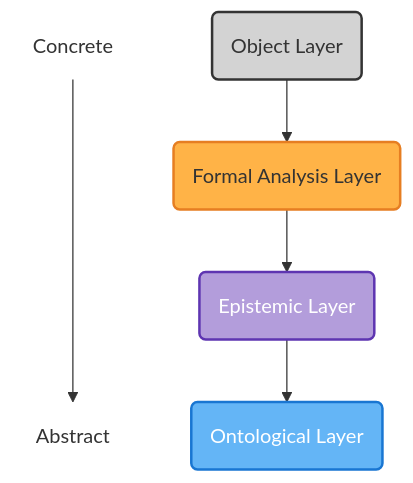
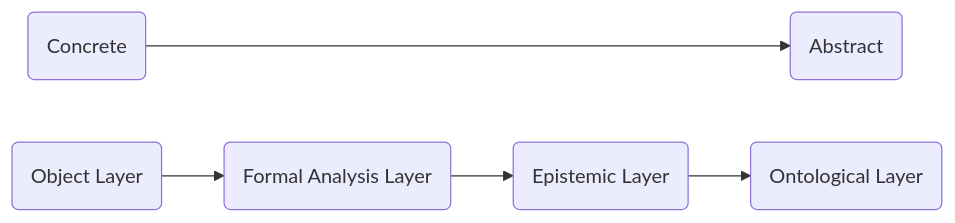
One commit to imagines-nummorum/idea-graph-framework changed the diagram in README.md. Above: the diagram before and after it, drawn with Mermaid. The commit also changed other lines of this file, not shown here.

````diff
--- a/README.md
+++ b/README.md
@@ -70,26 +86,16 @@
 ```mermaid
-graph TD
+graph LR
     %% Nodes
     A(Concrete)
     B(Abstract)
     C(Object Layer)
     D(Formal Analysis Layer)
     E(Epistemic Layer)
     F(Ontological Layer)
 
     %% Edges
     A ----> B
     C --> D    
     D --> E
     E --> F
-
-    %% Styling for A and B
-    style A fill:none,stroke:none
-    style B fill:none,stroke:none
-
-    %% Styling Layer Nodes
-    style C fill:#d3d3d3,stroke:#333,stroke-width:2px
-    style D fill:#ffb347,stroke:#e67e22,stroke-width:2px
-    style E fill:#b39ddb,stroke:#5e35b1,stroke-width:2px,color:#fff
-    style F fill:#64b5f6,stroke:#1976d2,stroke-width:2px,color:#fff
 ```
````
